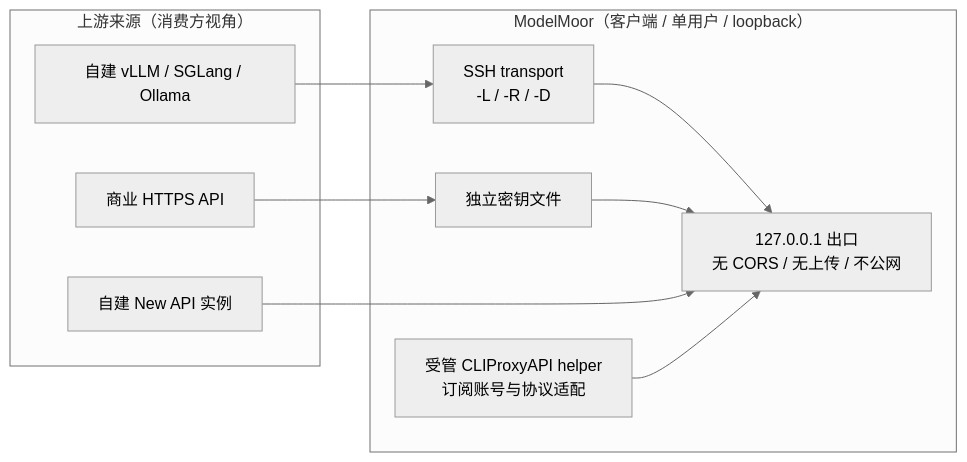
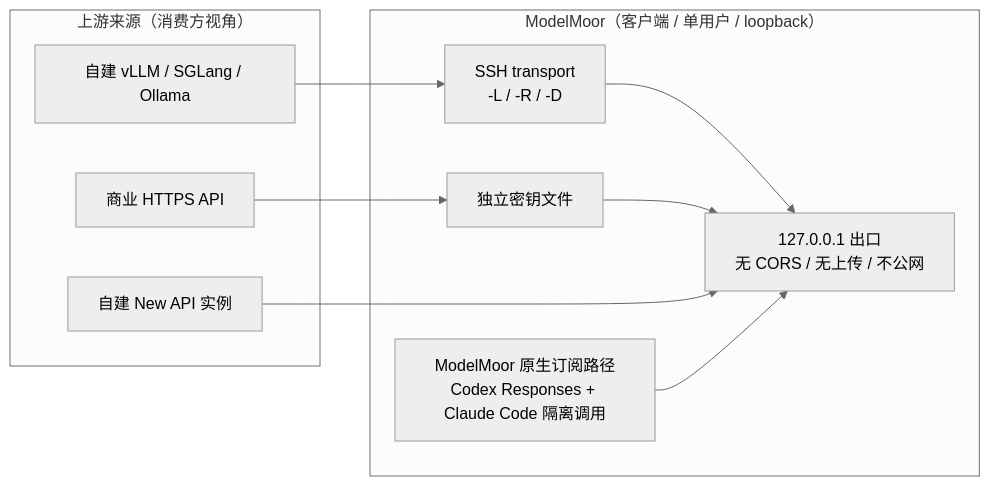
Before and after one commit to Kingfish404/ModelMoor: the diagram in docs/positioning.md, drawn with Mermaid (neutral theme). The commit also changed other lines of this file and 47 other files, not shown here.

````diff
--- a/docs/positioning.md
+++ b/docs/positioning.md
@@ -32,18 +32,18 @@
 ```mermaid
 flowchart LR
     subgraph MM["ModelMoor（客户端 / 单用户 / loopback）"]
         SSH["SSH transport<br/>-L / -R / -D"]
         KC["独立密钥文件"]
-        SUB["受管 CLIProxyAPI helper<br/>订阅账号与协议适配"]
+        SUB["ModelMoor 原生订阅路径<br/>Codex Responses + Claude Code 隔离调用"]
         LOOP["127.0.0.1 出口<br/>无 CORS / 无上传 / 不公网"]
     end
     subgraph UP["上游来源（消费方视角）"]
         VLLM["自建 vLLM / SGLang / Ollama"]
         API["商业 HTTPS API"]
         NA["自建 New API 实例"]
     end
     VLLM --> SSH --> LOOP
     API --> KC --> LOOP
     NA --> LOOP
     SUB --> LOOP
 ```
````
